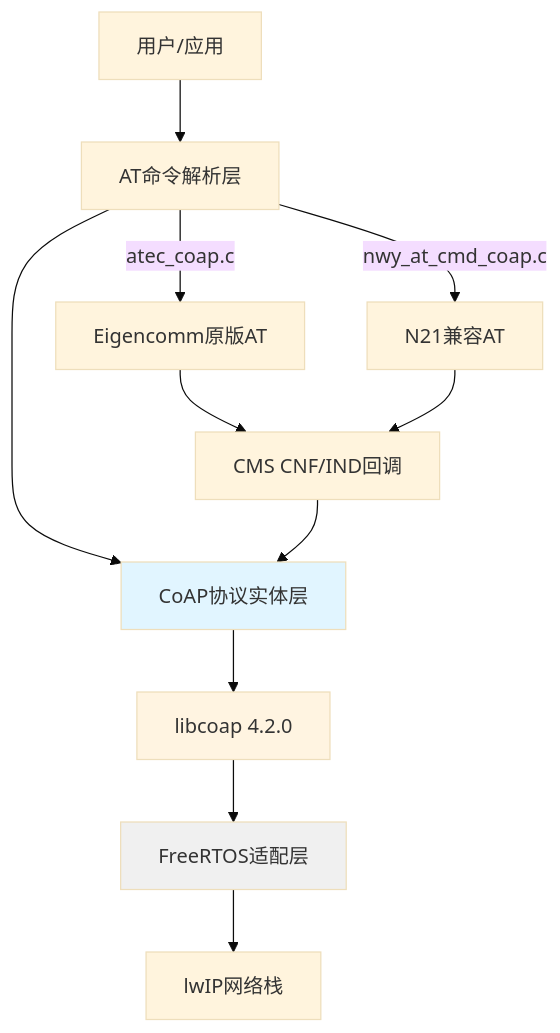
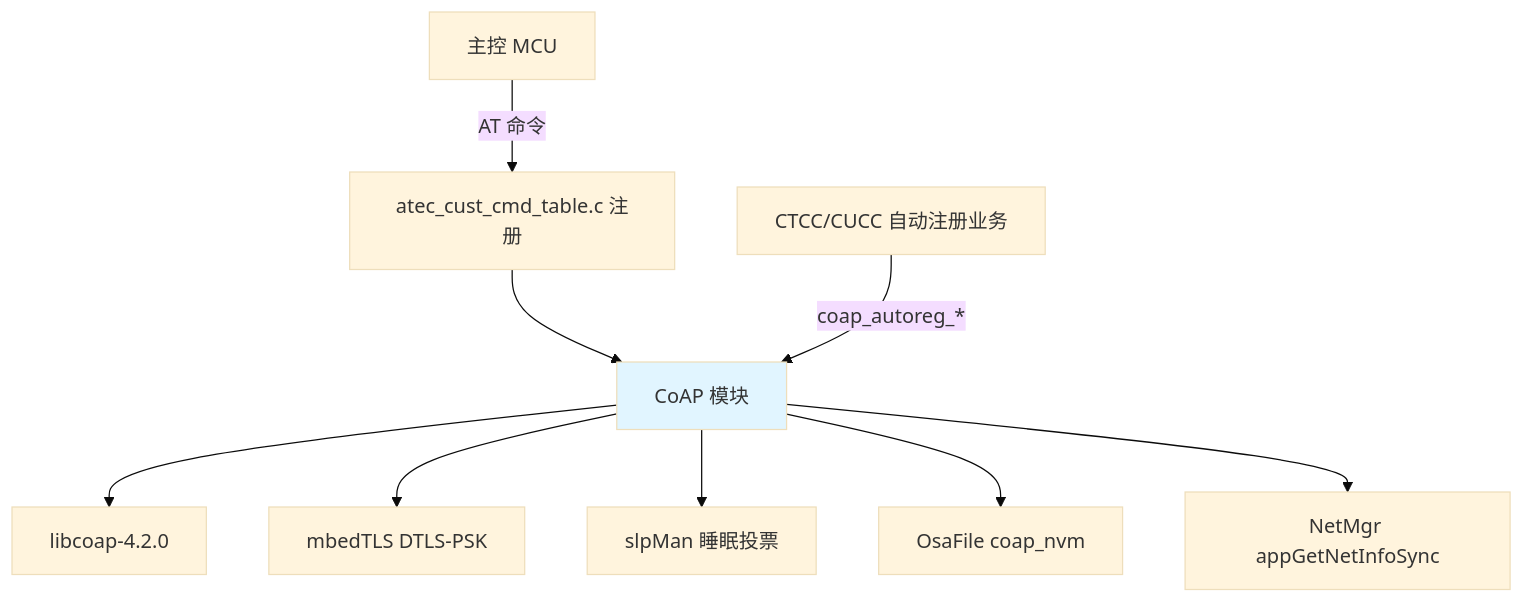
One commit to niusulong/.spec-embedded-iot changed the third of 6 diagrams in knowledge/platform/EC626/code-summary/CoAP模块/代码总结.md. Above: the diagram before and after it, drawn with Mermaid (base theme). The commit also changed other lines of this file and 11 other files, not shown here.

````diff
--- a/knowledge/platform/EC626/code-summary/CoAP模块/代码总结.md
+++ b/knowledge/platform/EC626/code-summary/CoAP模块/代码总结.md
@@ -71,20 +167,12 @@
 ```mermaid
 graph TB
-    USER[用户/应用] --> AT_CMD[AT命令解析层]
-    AT_CMD --> ENTITY[CoAP协议实体层]
-    ENTITY --> LIBCOAP[libcoap 4.2.0]
-    LIBCOAP --> ADAPTER[FreeRTOS适配层]
-    ADAPTER --> LWIP[lwIP网络栈]
-    
-    AT_CMD --> |atec_coap.c| AT_EIGEN[Eigencomm原版AT]
-    AT_CMD --> |nwy_at_cmd_coap.c| AT_N21[N21兼容AT]
-    
-    AT_EIGEN --> CMS_CNF[CMS CNF/IND回调]
-    AT_N21 --> CMS_CNF
-    
-    CMS_CNF --> ENTITY
-
-    style ENTITY fill:#e1f5ff
-    style LIBCOAP fill:#fff4e1
-    style ADAPTER fill:#f0f0f0
+    MCU[主控 MCU] -->|AT 命令| CMDTBL[atec_cust_cmd_table.c 注册]
+    CMDTBL --> SELF[CoAP 模块]
+    DM[CTCC/CUCC 自动注册业务] -->|coap_autoreg_*| SELF
+    SELF --> LIBCOAP[libcoap-4.2.0]
+    SELF --> MBEDTLS[mbedTLS DTLS-PSK]
+    SELF --> SLP[slpMan 睡眠投票]
+    SELF --> FS[OsaFile coap_nvm]
+    SELF --> NETMGR[NetMgr appGetNetInfoSync]
+    style SELF fill:#e1f5ff
 ```
````
